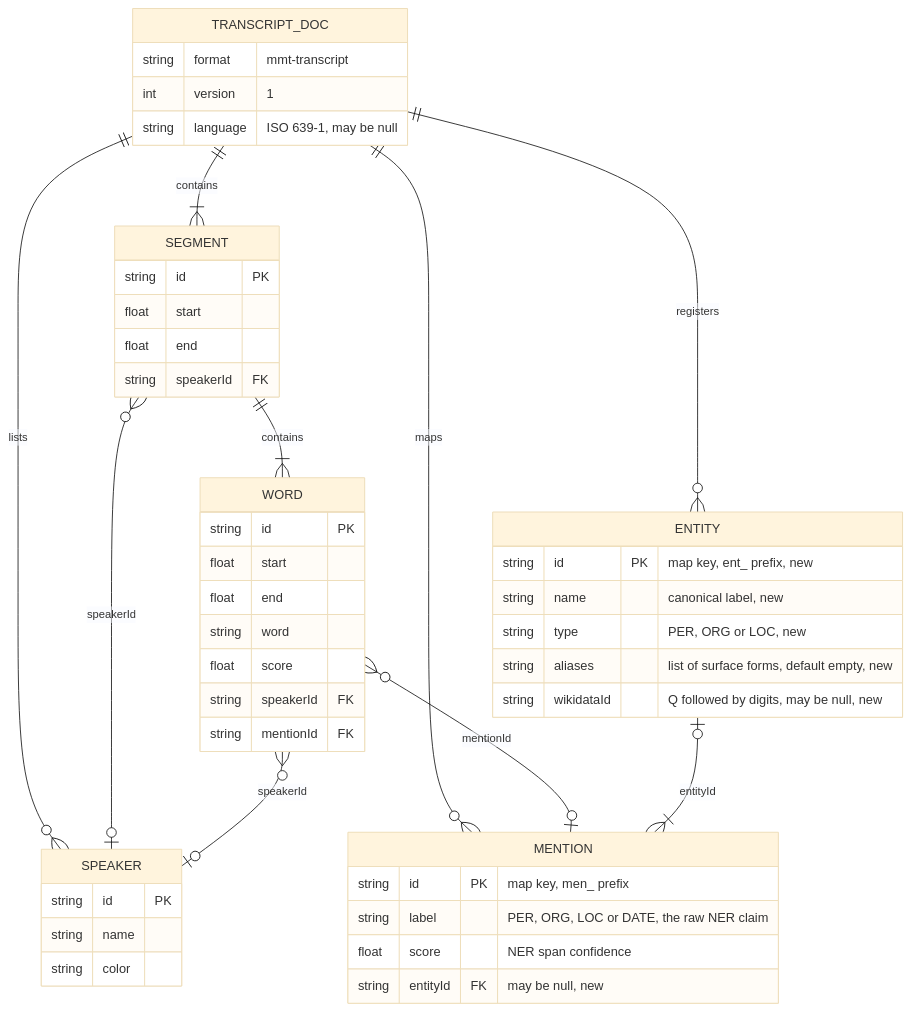
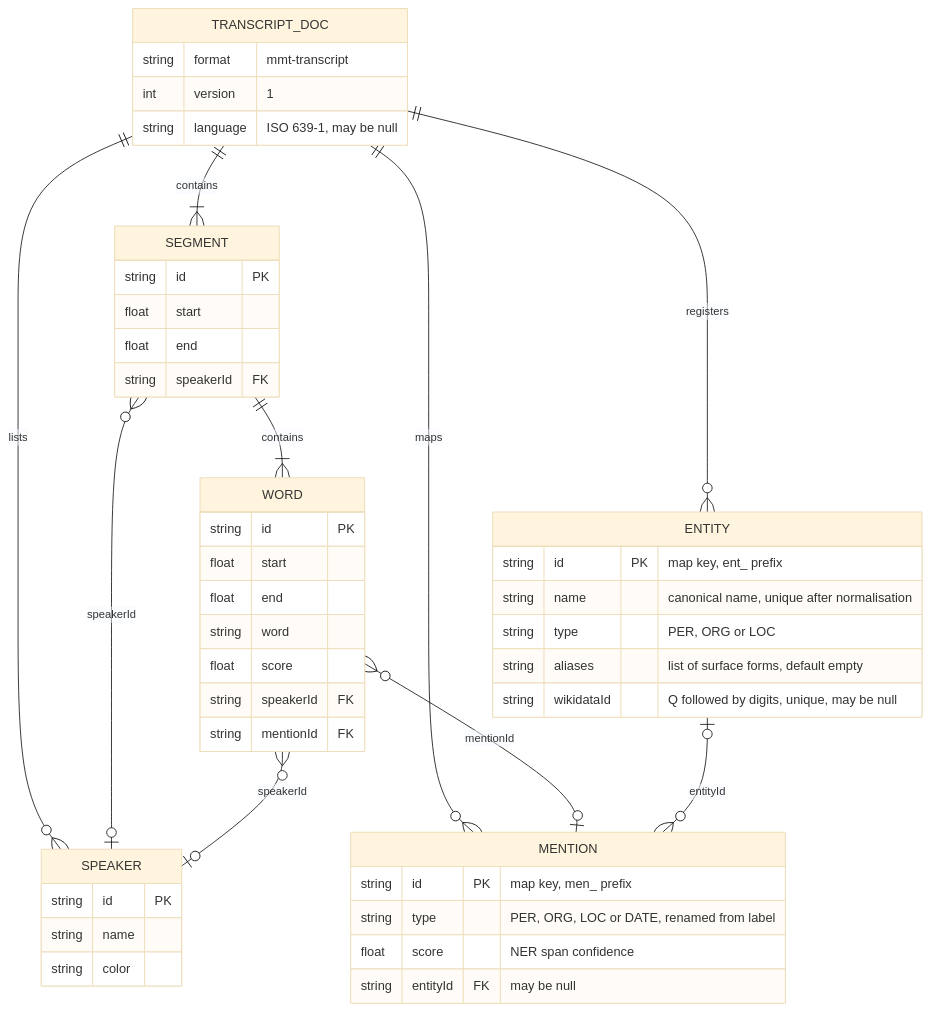
Before and after one commit to asr4memory/mmt-py: the third of 3 diagrams in specs/2026-07-31-canonical-entities.md, drawn with Mermaid (base theme). The commit also changed other lines of this file, not shown here.

Commit message:
Revise the canonical entities spec

````diff
--- a/specs/2026-07-31-canonical-entities.md
+++ b/specs/2026-07-31-canonical-entities.md
@@ -569,51 +589,51 @@
 ```mermaid
 erDiagram
     TRANSCRIPT_DOC ||--o{ SPEAKER : "lists"
     TRANSCRIPT_DOC ||--o{ ENTITY : "registers"
     TRANSCRIPT_DOC ||--o{ MENTION : "maps"
     TRANSCRIPT_DOC ||--|{ SEGMENT : "contains"
     SEGMENT ||--|{ WORD : "contains"
     SEGMENT }o--o| SPEAKER : "speakerId"
     WORD }o--o| SPEAKER : "speakerId"
     WORD }o--o| MENTION : "mentionId"
-    ENTITY |o--|{ MENTION : "entityId"
+    ENTITY |o--o{ MENTION : "entityId"
 
     TRANSCRIPT_DOC {
         string format "mmt-transcript"
         int version "1"
         string language "ISO 639-1, may be null"
     }
     SPEAKER {
         string id PK
         string name
         string color
     }
     ENTITY {
-        string id PK "map key, ent_ prefix, new"
-        string name "canonical label, new"
-        string type "PER, ORG or LOC, new"
-        string aliases "list of surface forms, default empty, new"
-        string wikidataId "Q followed by digits, may be null, new"
+        string id PK "map key, ent_ prefix"
+        string name "canonical name, unique after normalisation"
+        string type "PER, ORG or LOC"
+        string aliases "list of surface forms, default empty"
+        string wikidataId "Q followed by digits, unique, may be null"
     }
     MENTION {
         string id PK "map key, men_ prefix"
-        string label "PER, ORG, LOC or DATE, the raw NER claim"
+        string type "PER, ORG, LOC or DATE, renamed from label"
         float score "NER span confidence"
-        string entityId FK "may be null, new"
+        string entityId FK "may be null"
     }
     SEGMENT {
         string id PK
         float start
         float end
         string speakerId FK
     }
     WORD {
         string id PK
         float start
         float end
         string word
         float score
         string speakerId FK
         string mentionId FK
     }
 ```
````
